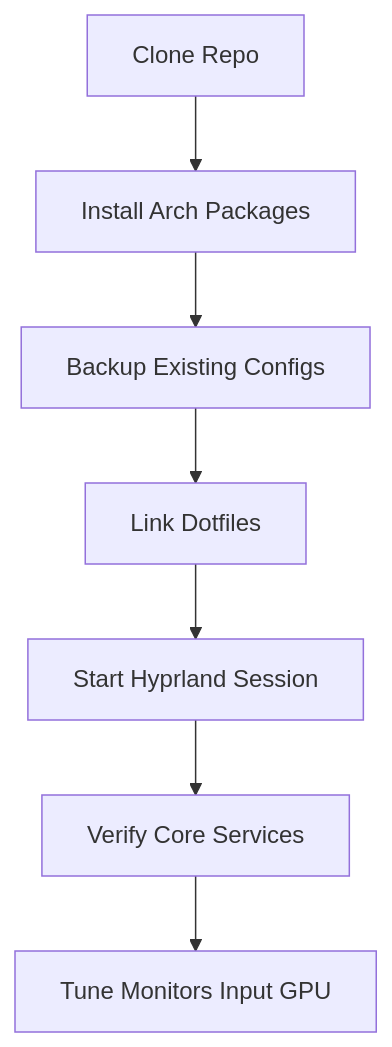
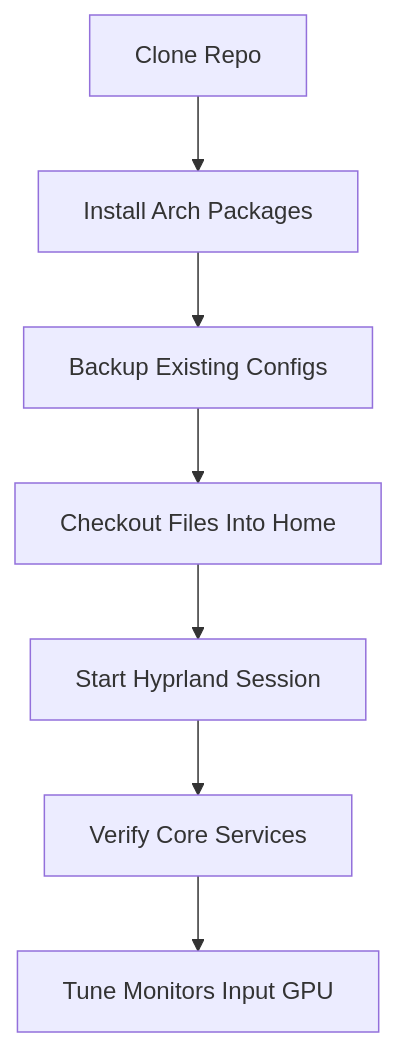
The diagram in README.md (Web-Dev-Codi/arch-linux-hyprland-dotfile-installer), drawn with Mermaid before and after one commit. The commit also changed other lines of this file and 9 other files, not shown here.

````diff
--- a/README.md
+++ b/README.md
@@ -31,9 +31,9 @@
 ```mermaid
 flowchart TD
   cloneRepo[Clone Repo] --> installPkgs[Install Arch Packages]
   installPkgs --> backupConfigs[Backup Existing Configs]
-  backupConfigs --> linkConfigs[Link Dotfiles]
-  linkConfigs --> loginHypr[Start Hyprland Session]
+  backupConfigs --> checkoutHome[Checkout Files Into Home]
+  checkoutHome --> loginHypr[Start Hyprland Session]
   loginHypr --> verifyCore[Verify Core Services]
   verifyCore --> tuneHardware[Tune Monitors Input GPU]
 ```
````
